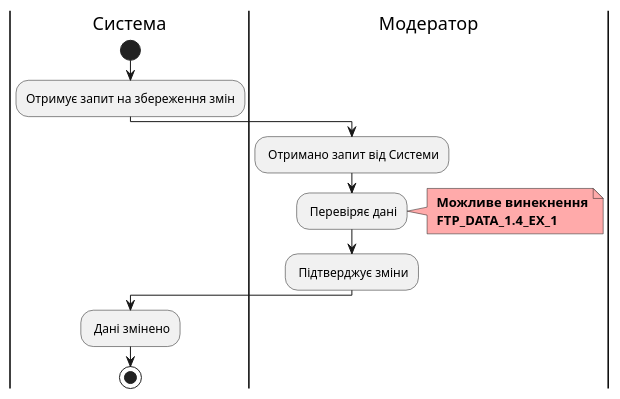
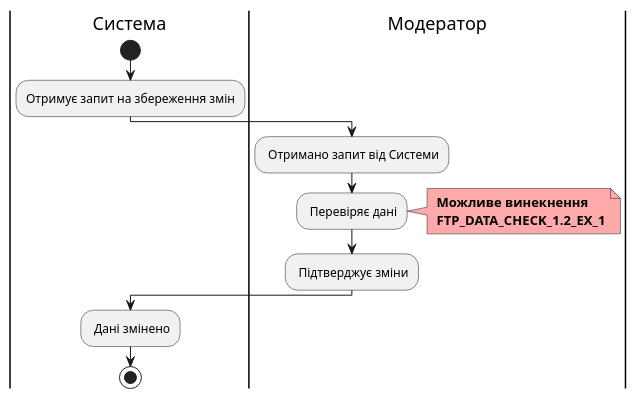
Diagram 13 of 16 in docs/use cases/README.md (Fastroof/fastroof_team_project), drawn with PlantUML before and after one commit. The commit also changed other lines of this file and 1 other file, not shown here.

```diff
--- a/docs/use cases/README.md
+++ b/docs/use cases/README.md
@@ -484,17 +526,17 @@
 @startuml
 
     |Система|
     start
     :Отримує запит на збереження змін;
     |Модератор|
     : Отримано запит від Системи;
     : Перевіряє дані;
     note right #ffaaaa
     <b> Можливе винекнення
-    <b> FTP_DATA_1.4_EX_1
+    <b> FTP_DATA_CHECK_1.2_EX_1
     end note
     : Підтверджує зміни;
     |Система|
     : Дані змінено;
     stop;
 @enduml
```
